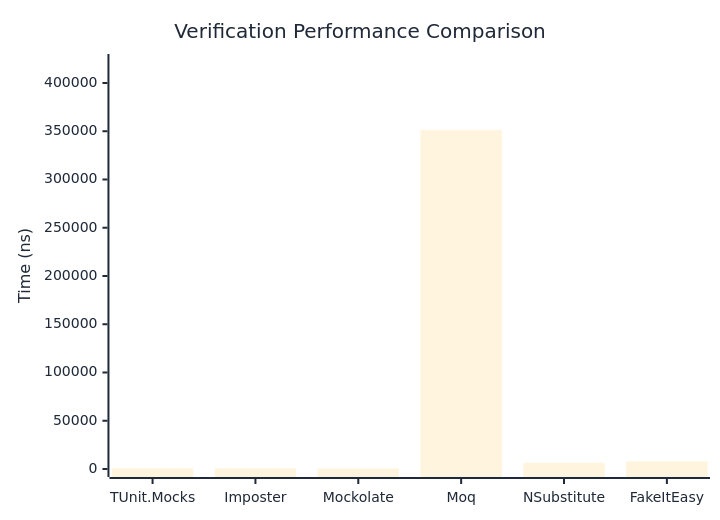
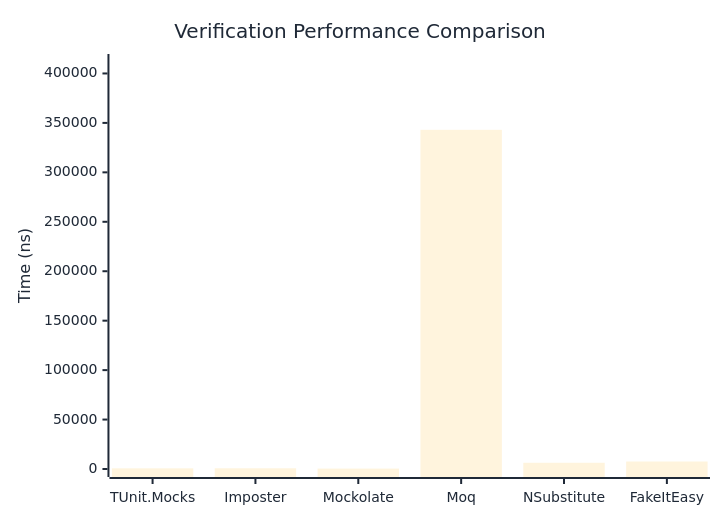
The first of 3 diagrams in docs/docs/benchmarks/mocks/Verification.md (thomhurst/TUnit), drawn with Mermaid before and after one commit. The commit also changed other lines of this file and 14 other files, not shown here.

````diff
--- a/docs/docs/benchmarks/mocks/Verification.md
+++ b/docs/docs/benchmarks/mocks/Verification.md
@@ -28,27 +28,27 @@
 ```mermaid
 %%{init: {
   'theme':'base',
   'themeVariables': {
     'primaryColor': '#2563eb',
     'primaryTextColor': '#1f2937',
     'primaryBorderColor': '#1e40af',
     'lineColor': '#6b7280',
     'secondaryColor': '#7c3aed',
     'tertiaryColor': '#dc2626',
     'background': '#ffffff',
     'pie1': '#2563eb',
     'pie2': '#7c3aed',
     'pie3': '#dc2626',
     'pie4': '#f59e0b',
     'pie5': '#10b981',
     'pie6': '#06b6d4',
     'pie7': '#ec4899',
     'pie8': '#6366f1'
   }
 }}%%
 xychart-beta
   title "Verification Performance Comparison"
   x-axis ["TUnit.Mocks", "Imposter", "Mockolate", "Moq", "NSubstitute", "FakeItEasy"]
-  y-axis "Time (ns)" 0 --> 421734
-  bar [842.43, 806.27, 458.82, 351444.97, 6440.6, 7936.44]
+  y-axis "Time (ns)" 0 --> 411592
+  bar [667.6, 734.21, 409.25, 342992.68, 6305.33, 7567.78]
 ```
````
